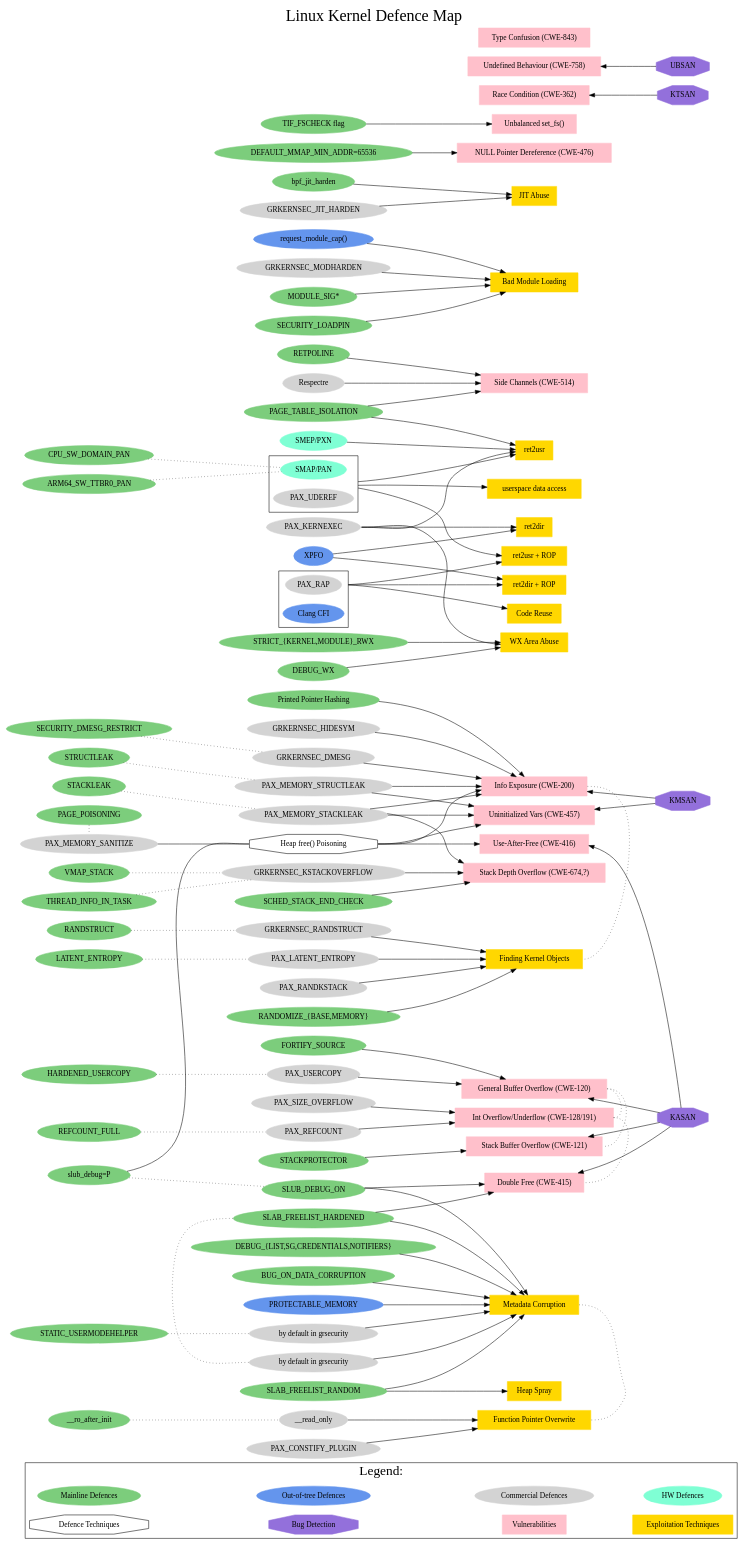
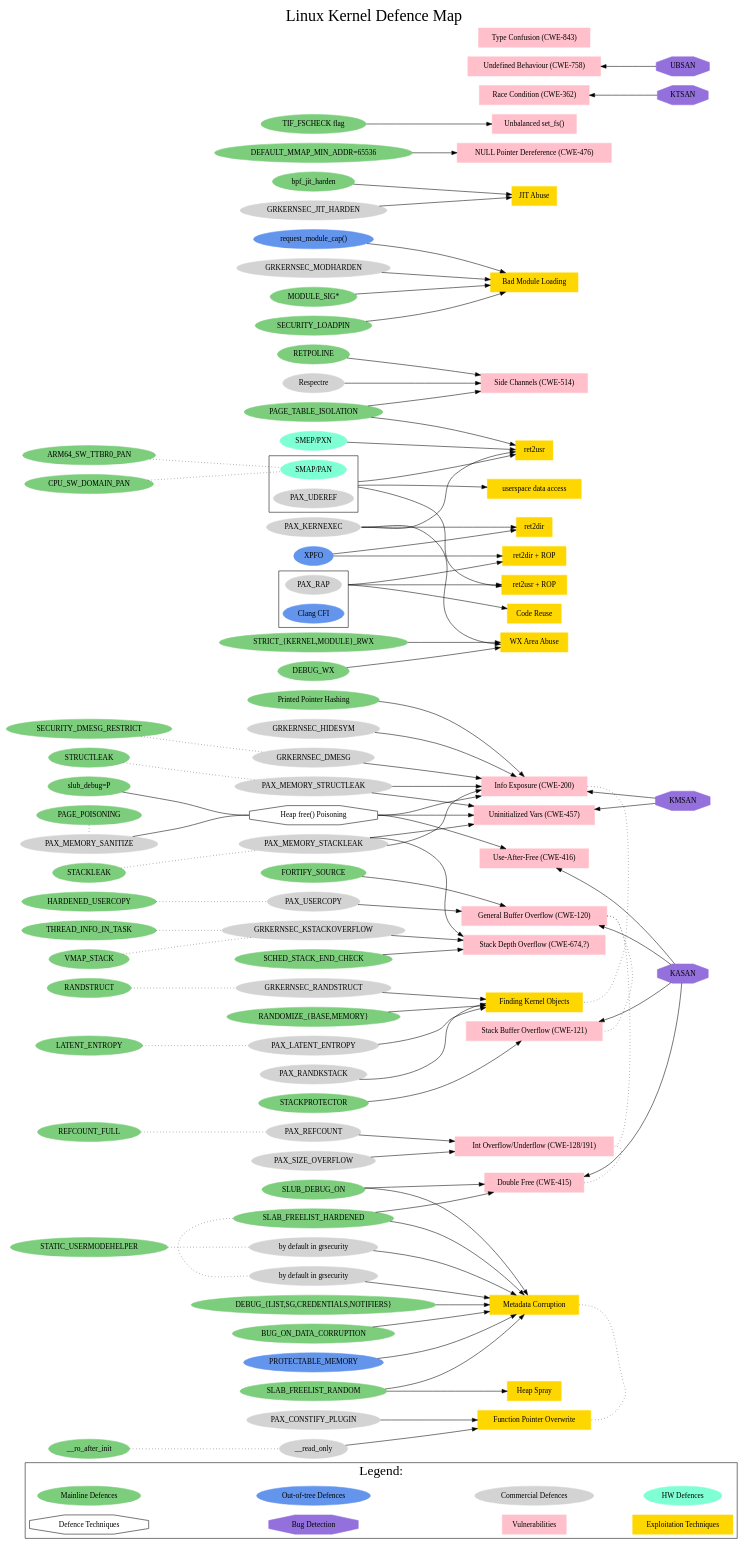
One commit to a13xp0p0v/linux-kernel-defence-map changed the diagram in linux-kernel-defence-map.dot. Above: the diagram before and after it, drawn with Graphviz.

Commit message:
Drop the link from "slub_debug=P" to "SLUB_DEBUG_ON"
It's not useful and also looks ugly.

```diff
--- a/linux-kernel-defence-map.dot
+++ b/linux-kernel-defence-map.dot
@@ -179,7 +179,6 @@
   "SLAB_FREELIST_HARDENED":w -> grsecurity_hardened_freelist:w;
   "PAX_MEMORY_SANITIZE" -> "Heap free() Poisoning":w [style=filled];
   "slub_debug=P" -> "Heap free() Poisoning":w [style=filled];
-  "slub_debug=P" -> "SLUB_DEBUG_ON";
 
 
   // Vulnerabilities and Exploitation Techniques
```
